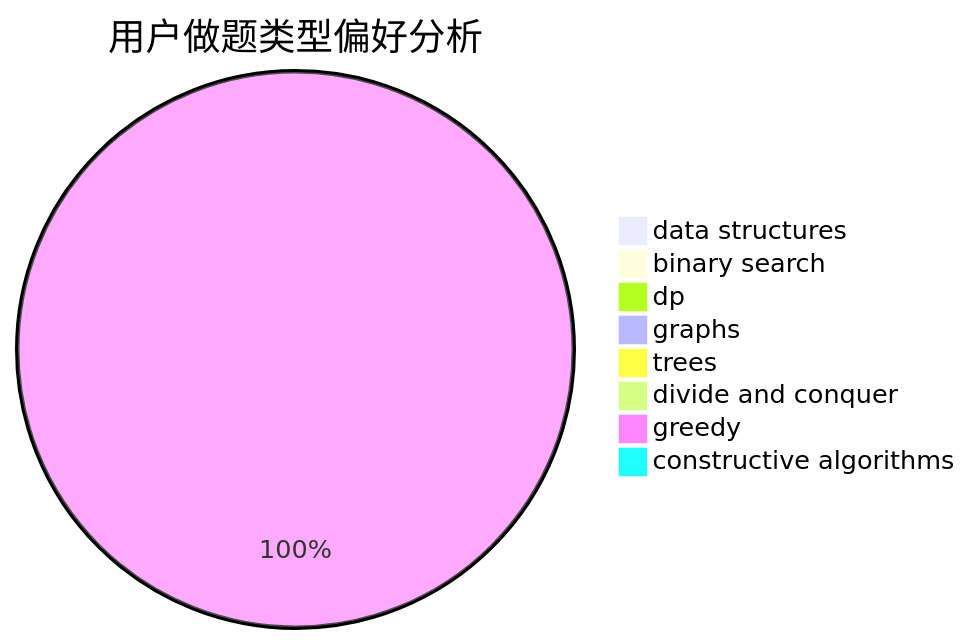
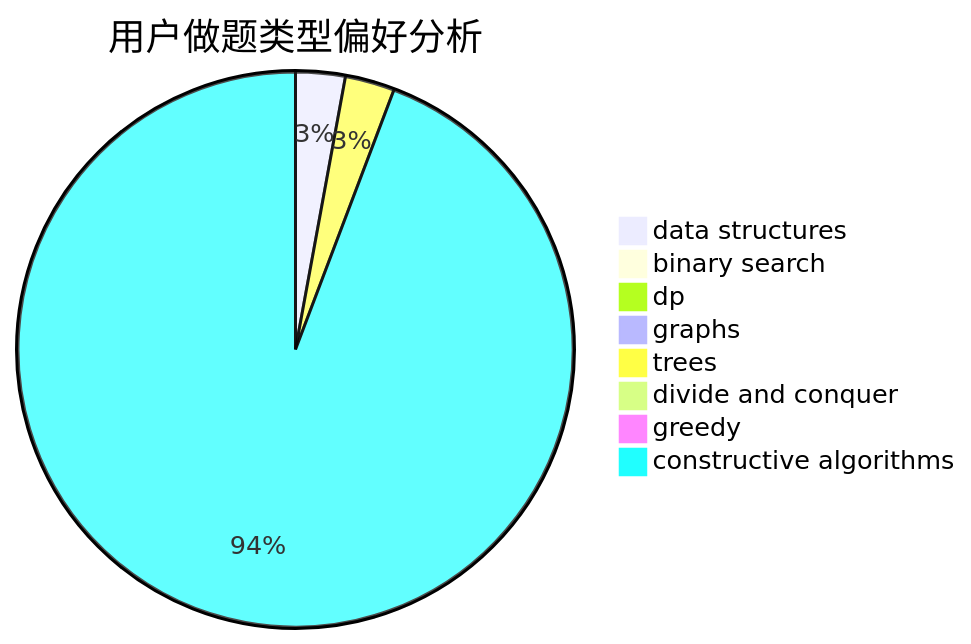
The second of 3 diagrams in docs/user/u269.md (sherpahu/cfrs.github.io), drawn with Mermaid before and after one commit. The commit also changed other lines of this file and 2770 other files, not shown here.

````diff
--- a/docs/user/u269.md
+++ b/docs/user/u269.md
@@ -23,11 +23,11 @@
 ```mermaid
 pie title 用户做题类型偏好分析
-    "data structures" :  0
+    "data structures" :  3
     "binary search" :  0
     "dp" :  0
     "graphs" :  0
-    "trees" :  0
+    "trees" :  3
     "divide and conquer" :  0
-    "greedy" :  1
-    "constructive algorithms" :  0
+    "greedy" :  0
+    "constructive algorithms" :  98
 ```
````
